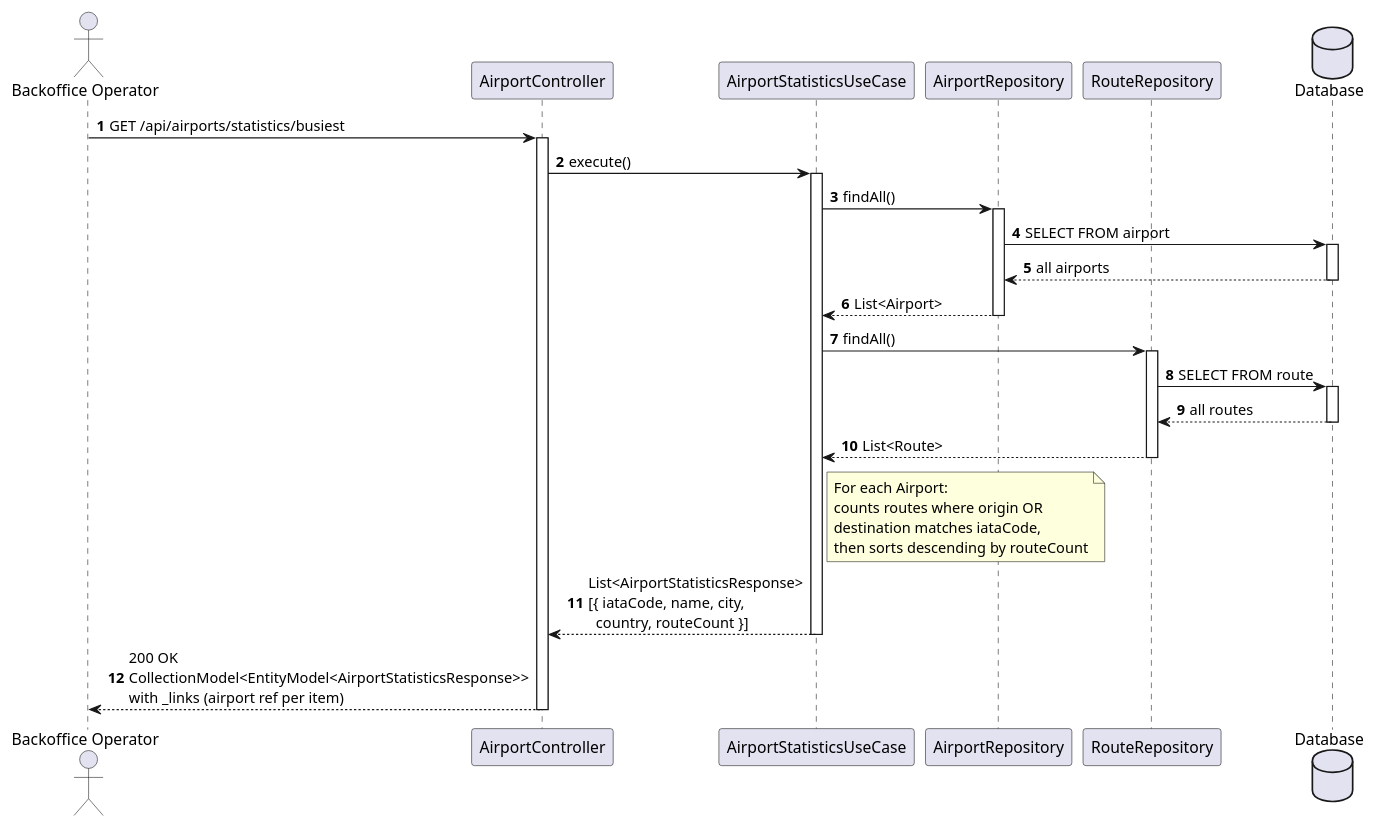
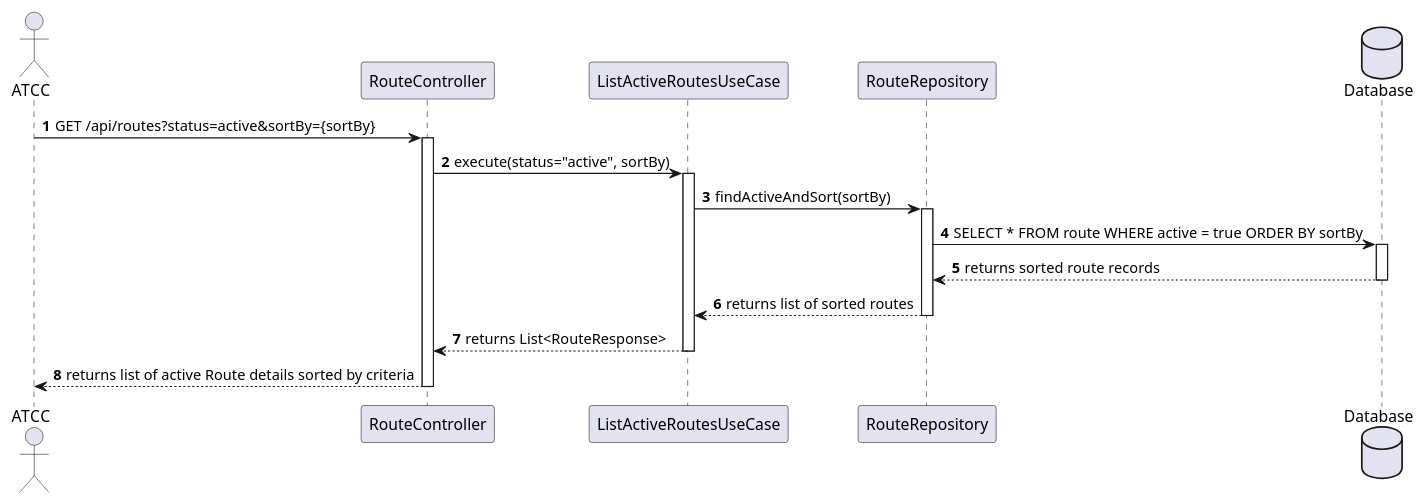
The diagram in docs/system-documentation/use-cases/WP3B/US214/puml/sd_us214.puml (VascoMagolo/psoft_1231562_1241692_1242036_2db), drawn with PlantUML before and after one commit. The commit also changed 56 other files, not shown here.

```diff
--- a/docs/system-documentation/use-cases/WP3B/US214/puml/sd_us214.puml
+++ b/docs/system-documentation/use-cases/WP3B/US214/puml/sd_us214.puml
@@ -1,46 +1,29 @@
 @startuml
 autonumber
-actor "Backoffice Operator" as BO
-participant "AirportController" as Ctrl
-participant "AirportStatisticsUseCase" as UC
-participant "AirportRepository" as AirportRepo
-participant "RouteRepository" as RouteRepo
+actor "ATCC" as BO
+participant "RouteController" as Ctrl
+participant "ListActiveRoutesUseCase" as UC
+participant "RouteRepository" as Repo
 database "Database" as DB
 
-BO -> Ctrl : GET /api/airports/statistics/busiest
+BO -> Ctrl : GET /api/routes?status=active&sortBy={sortBy}
 activate Ctrl
 
-Ctrl -> UC : execute()
+Ctrl -> UC : execute(status="active", sortBy)
 activate UC
 
-UC -> AirportRepo : findAll()
-activate AirportRepo
-AirportRepo -> DB : SELECT FROM airport
+UC -> Repo : findActiveAndSort(sortBy)
+activate Repo
+Repo -> DB : SELECT * FROM route WHERE active = true ORDER BY sortBy
 activate DB
-DB --> AirportRepo : all airports
+DB --> Repo : returns sorted route records
 deactivate DB
-AirportRepo --> UC : List<Airport>
-deactivate AirportRepo
+Repo --> UC : returns list of sorted routes
+deactivate Repo
 
-UC -> RouteRepo : findAll()
-activate RouteRepo
-RouteRepo -> DB : SELECT FROM route
-activate DB
-DB --> RouteRepo : all routes
-deactivate DB
-RouteRepo --> UC : List<Route>
-deactivate RouteRepo
-
-note right of UC
-  For each Airport:
-  counts routes where origin OR
-  destination matches iataCode,
-  then sorts descending by routeCount
-end note
-
-UC --> Ctrl : List<AirportStatisticsResponse>\n[{ iataCode, name, city,\n  country, routeCount }]
+UC --> Ctrl : returns List<RouteResponse>
 deactivate UC
 
-Ctrl --> BO : 200 OK\nCollectionModel<EntityModel<AirportStatisticsResponse>>\nwith _links (airport ref per item)
+Ctrl --> BO : returns list of active Route details sorted by criteria
 deactivate Ctrl
 @enduml
```
